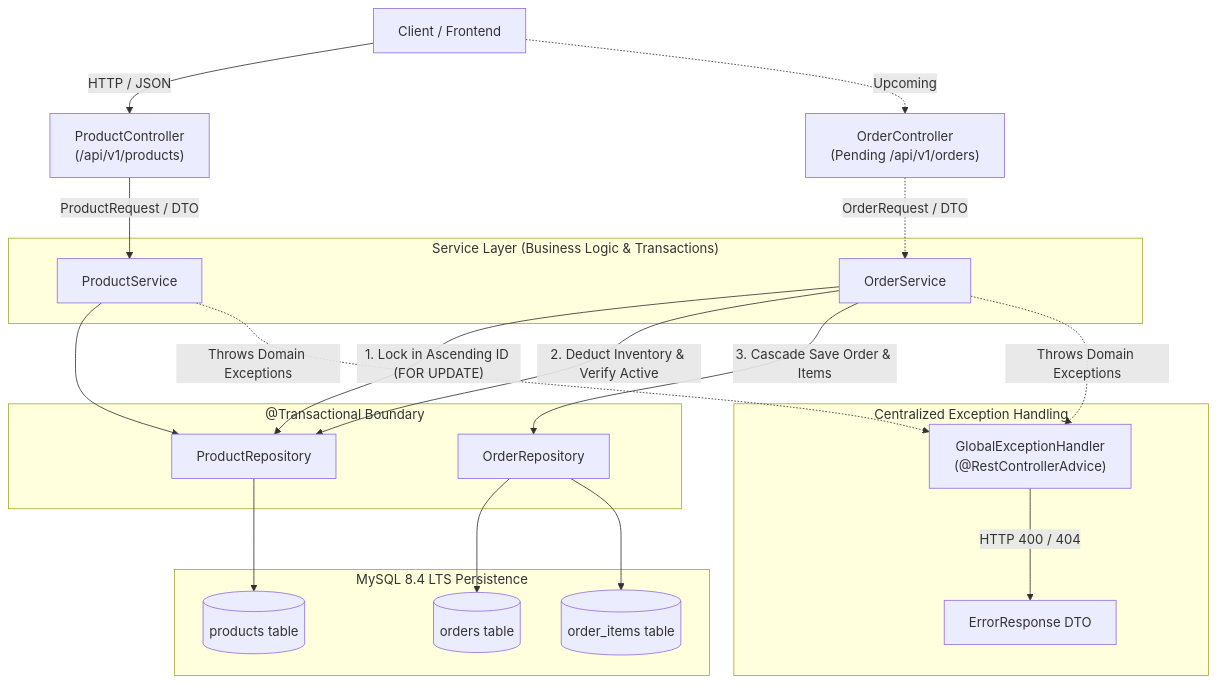
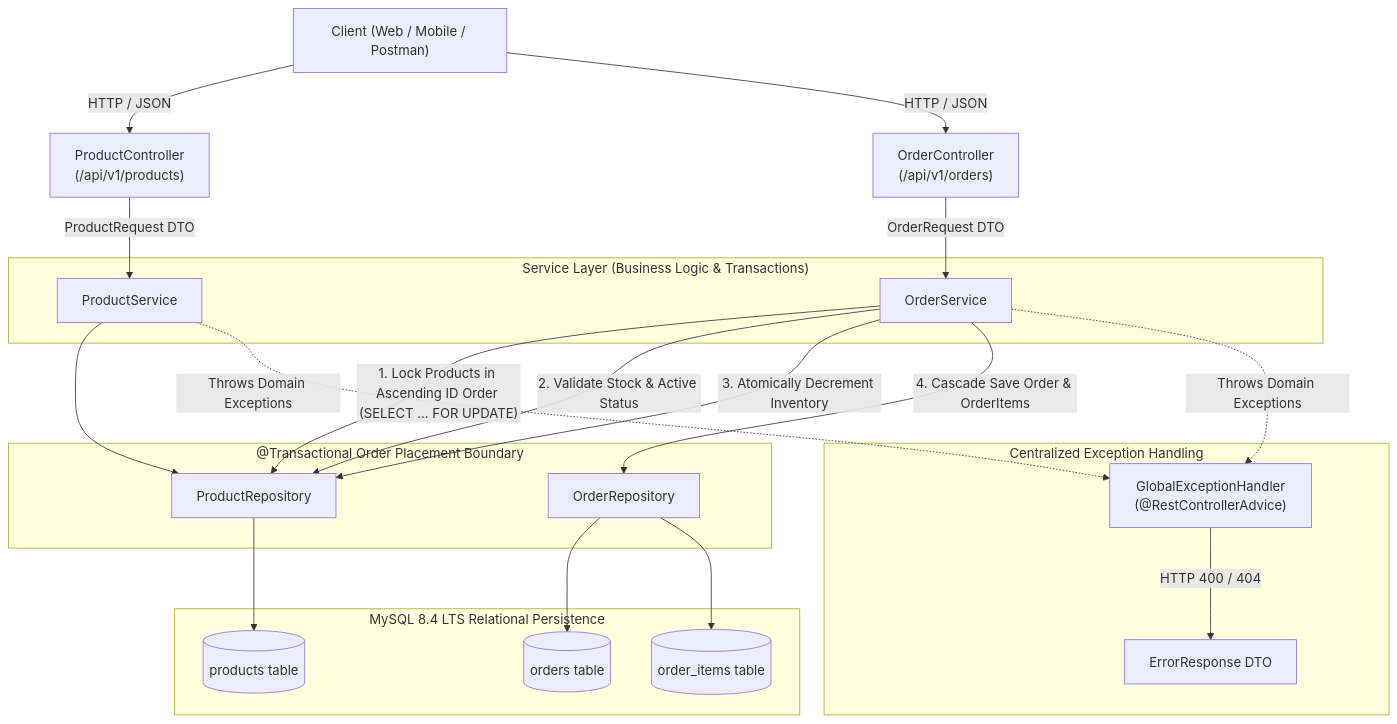
Before and after one commit to Mahishukla1207/OrderFlow: the first of 2 diagrams in README.md, drawn with Mermaid. The commit also changed other lines of this file, not shown here.

Commit message:
docs: update README with order management and testing details

````diff
--- a/README.md
+++ b/README.md
@@ -191,35 +190,36 @@
 ```mermaid
 flowchart TD
-    Client["Client / Frontend"] -->|HTTP / JSON| PC["ProductController\n(/api/v1/products)"]
-    Client -.->|Upcoming| OC["OrderController\n(Pending /api/v1/orders)"]
+    Client["Client (Web / Mobile / Postman)"] -->|HTTP / JSON| PC["ProductController\n(/api/v1/products)"]
+    Client -->|HTTP / JSON| OC["OrderController\n(/api/v1/orders)"]
     
-    PC -->|ProductRequest / DTO| PS["ProductService"]
-    OC -.->|OrderRequest / DTO| OS["OrderService"]
+    PC -->|ProductRequest DTO| PS["ProductService"]
+    OC -->|OrderRequest DTO| OS["OrderService"]
     
     subgraph ServiceLayer["Service Layer (Business Logic & Transactions)"]
         PS
         OS
     end
     
-    subgraph TransactionBoundary["@Transactional Boundary"]
-        OS -->|"1. Lock in Ascending ID (FOR UPDATE)"| PR["ProductRepository"]
-        OS -->|"2. Deduct Inventory & Verify Active"| PR
-        OS -->|"3. Cascade Save Order & Items"| OR["OrderRepository"]
+    subgraph TransactionBoundary["@Transactional Order Placement Boundary"]
+        OS -->|"1. Lock Products in Ascending ID Order (SELECT ... FOR UPDATE)"| PR["ProductRepository"]
+        OS -->|"2. Validate Stock & Active Status"| PR
+        OS -->|"3. Atomically Decrement Inventory"| PR
+        OS -->|"4. Cascade Save Order & OrderItems"| OR["OrderRepository"]
     end
     
     PS --> PR
     
-    subgraph Database["MySQL 8.4 LTS Persistence"]
+    subgraph Database["MySQL 8.4 LTS Relational Persistence"]
         PR --> TableP[("products table")]
         OR --> TableO[("orders table")]
         OR --> TableOI[("order_items table")]
     end
     
     subgraph ErrorHandling["Centralized Exception Handling"]
         GEH["GlobalExceptionHandler\n(@RestControllerAdvice)"]
         GEH -->|HTTP 400 / 404| ErrorResp["ErrorResponse DTO"]
     end
     
     OS -. Throws Domain Exceptions .-> GEH
     PS -. Throws Domain Exceptions .-> GEH
 ```
````
